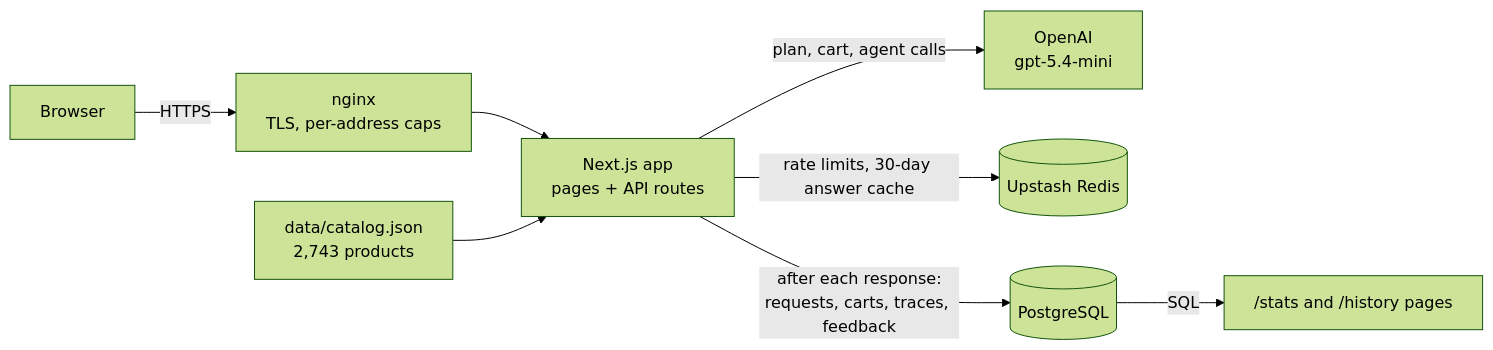
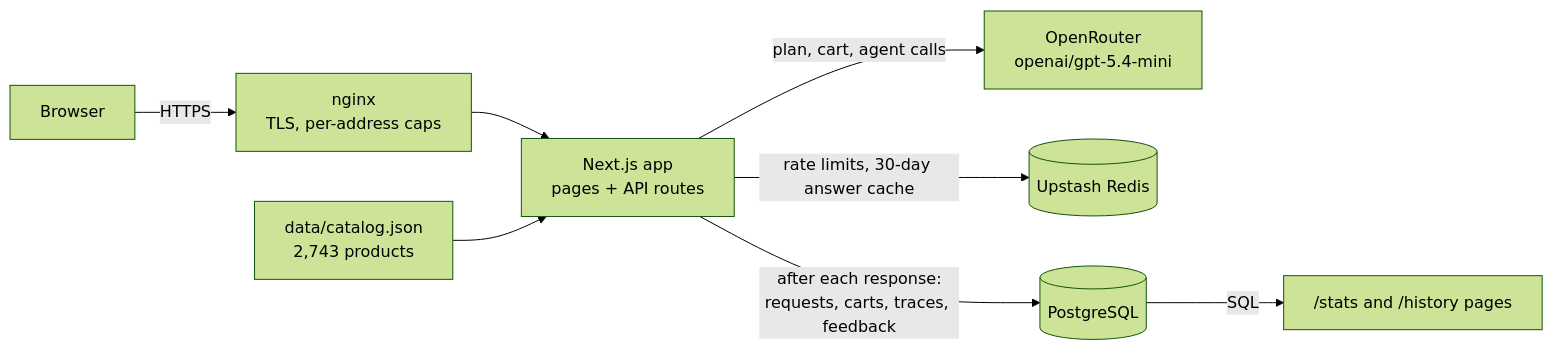
The first of 3 diagrams in README.md (iyerbrah/Jhola), drawn with Mermaid (forest theme) before and after one commit. The commit also changed other lines of this file and 7 other files, not shown here.

First line of the commit message:
Run every model call on gpt-5.4-mini through OpenRouter

````diff
--- a/README.md
+++ b/README.md
@@ -36,10 +36,10 @@
 ```mermaid
 flowchart LR
   B[Browser] -->|HTTPS| N[nginx<br/>TLS, per-address caps]
   N --> A[Next.js app<br/>pages + API routes]
-  A -->|plan, cart, agent calls| O[OpenAI<br/>gpt-5.4-mini]
+  A -->|plan, cart, agent calls| O[OpenRouter<br/>openai/gpt-5.4-mini]
   A -->|rate limits, 30-day answer cache| R[(Upstash Redis)]
   A -->|after each response:<br/>requests, carts, traces, feedback| P[(PostgreSQL)]
   P -->|SQL| S["/stats and /history pages"]
   C[data/catalog.json<br/>2,743 products] --> A
 ```
````
